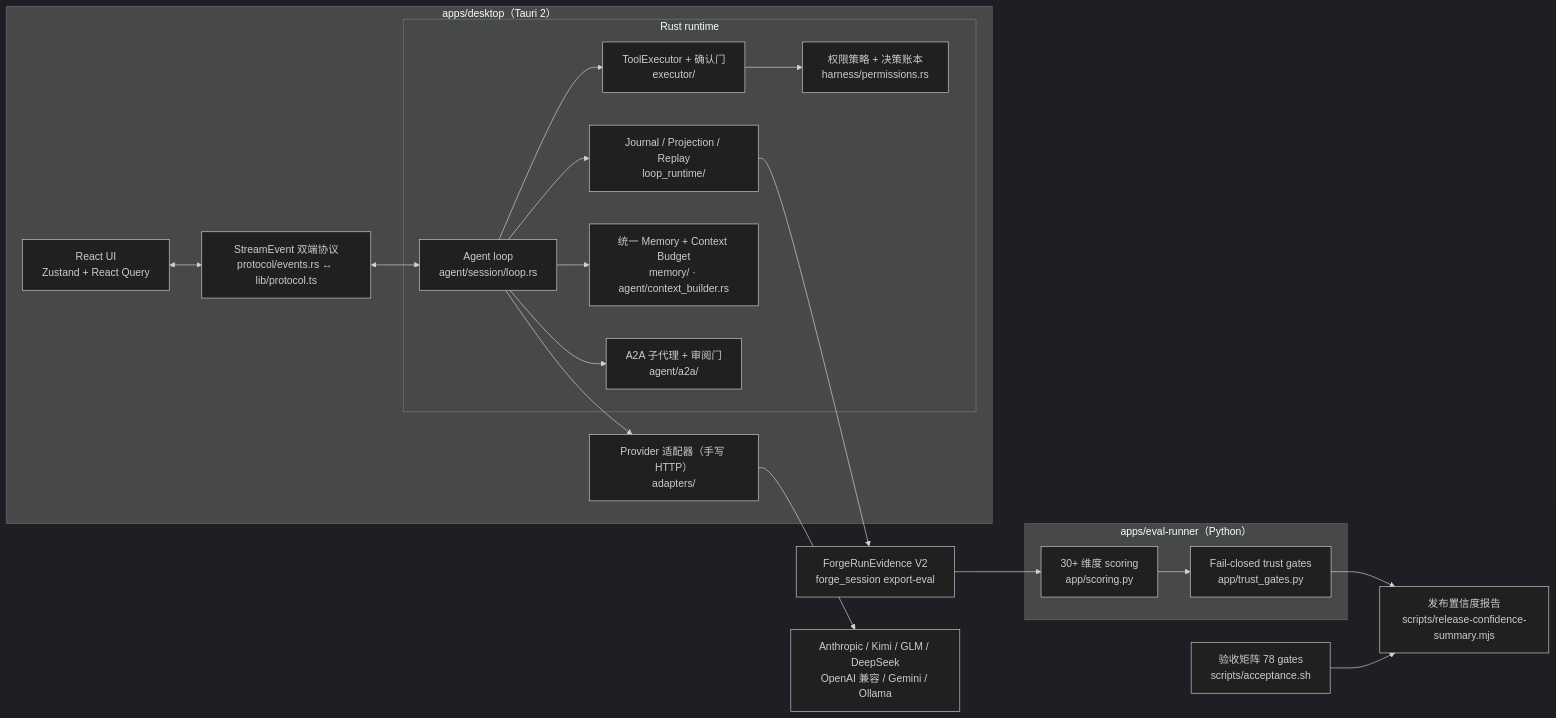
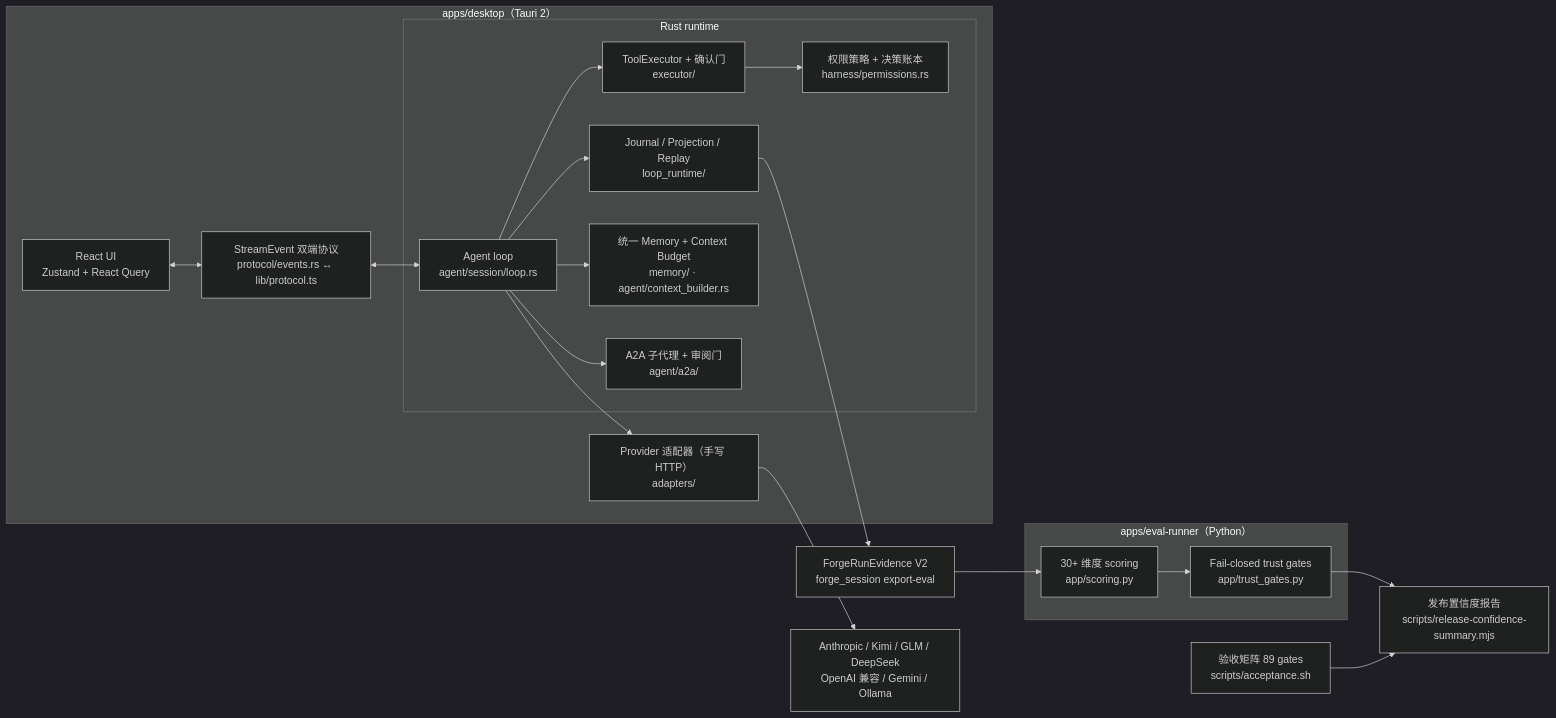
Before and after one commit to Cabbos/forge: the diagram in README.md, drawn with Mermaid (dark theme). The commit also changed other lines of this file and 331 other files, not shown here.

````diff
--- a/README.md
+++ b/README.md
@@ -32,39 +32,39 @@
 ```mermaid
 flowchart LR
   subgraph Desktop["apps/desktop（Tauri 2）"]
     UI["React UI<br/>Zustand + React Query"]
     Protocol["StreamEvent 双端协议<br/>protocol/events.rs ↔ lib/protocol.ts"]
     subgraph Runtime["Rust runtime"]
       Loop["Agent loop<br/>agent/session/loop.rs"]
       Exec["ToolExecutor + 确认门<br/>executor/"]
       Perm["权限策略 + 决策账本<br/>harness/permissions.rs"]
       Journal["Journal / Projection / Replay<br/>loop_runtime/"]
       Mem["统一 Memory + Context Budget<br/>memory/ · agent/context_builder.rs"]
       A2A["A2A 子代理 + 审阅门<br/>agent/a2a/"]
     end
     Adapters["Provider 适配器（手写 HTTP）<br/>adapters/"]
   end
   Providers["Anthropic / Kimi / GLM / DeepSeek<br/>OpenAI 兼容 / Gemini / Ollama"]
   Evidence["ForgeRunEvidence V2<br/>forge_session export-eval"]
   subgraph Eval["apps/eval-runner（Python）"]
     Scoring["30+ 维度 scoring<br/>app/scoring.py"]
     Trust["Fail-closed trust gates<br/>app/trust_gates.py"]
   end
-  Accept["验收矩阵 78 gates<br/>scripts/acceptance.sh"]
+  Accept["验收矩阵 89 gates<br/>scripts/acceptance.sh"]
   Confidence["发布置信度报告<br/>scripts/release-confidence-summary.mjs"]
 
   UI <--> Protocol
   Protocol <--> Loop
   Loop --> Exec
   Exec --> Perm
   Loop --> Journal
   Loop --> Mem
   Loop --> A2A
   Loop --> Adapters
   Adapters --> Providers
   Journal --> Evidence
   Evidence --> Scoring
   Scoring --> Trust
   Trust --> Confidence
   Accept --> Confidence
 ```
````
